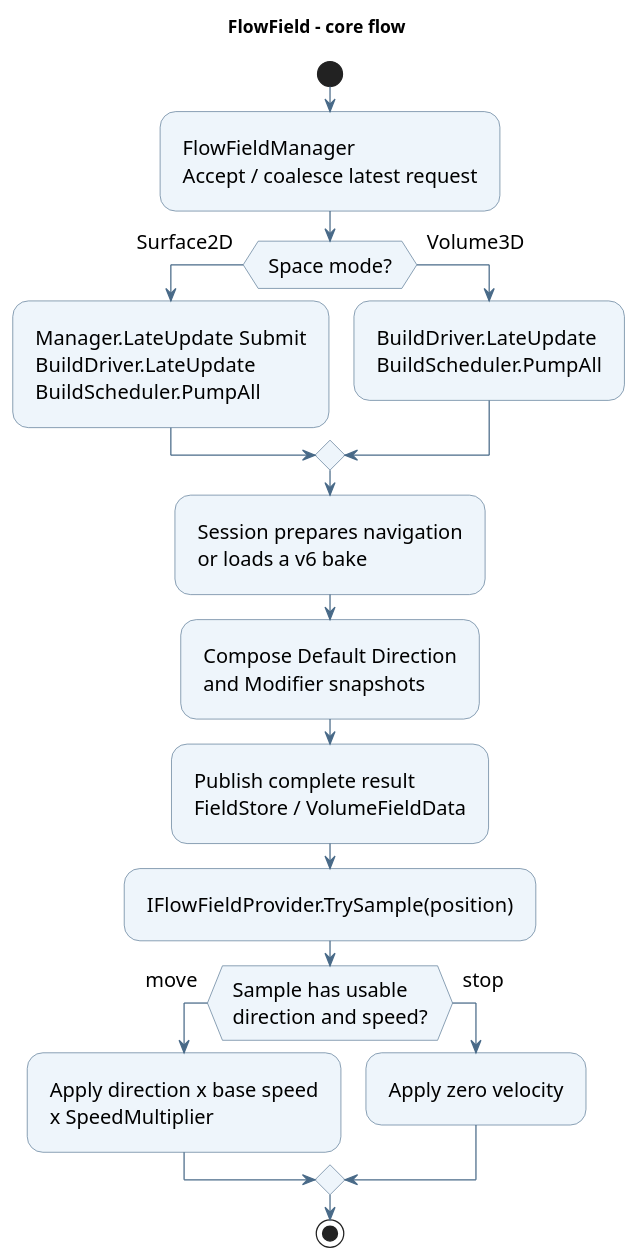
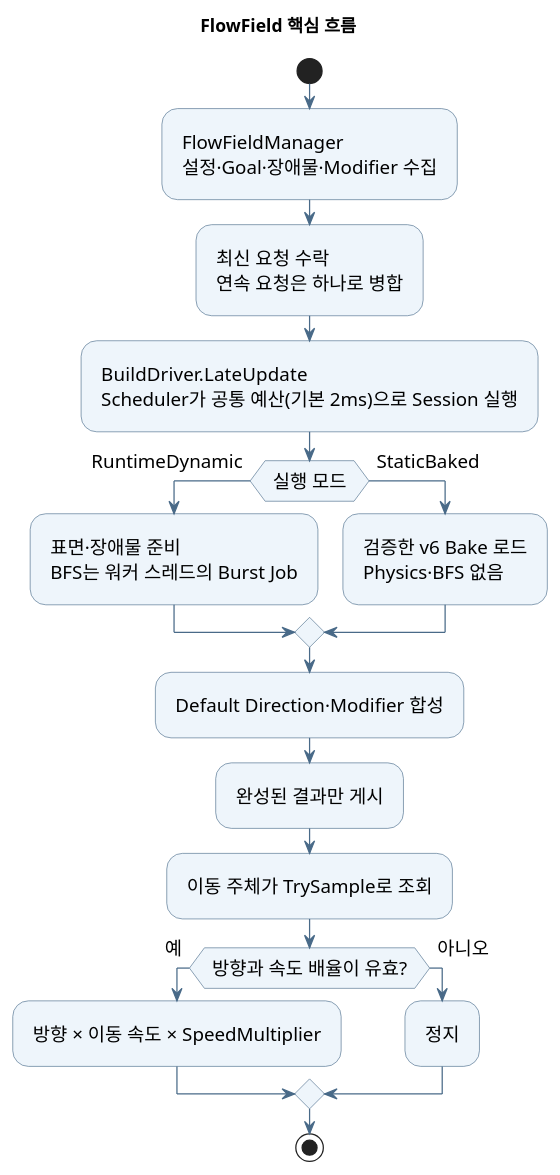
Before and after one commit to youwonsock/tool-unity-editor: the diagram in ToyProject/Assets/_FlowField/Docs/flowfield-uml.puml, drawn with PlantUML. The commit also changed 12 other files, not shown here.

First line of the commit message:
FlowField 문서: 핵심만 남기고 UML을 PlantUML 이미지로 정리

```diff
--- a/ToyProject/Assets/_FlowField/Docs/flowfield-uml.puml
+++ b/ToyProject/Assets/_FlowField/Docs/flowfield-uml.puml
@@ -1,28 +1,29 @@
 @startuml flowfield-uml
 skinparam shadowing false
-skinparam defaultFontName SansSerif
-skinparam defaultFontSize 16
+skinparam defaultFontName "Apple SD Gothic Neo"
+skinparam defaultFontSize 15
+skinparam ArrowColor #496A88
+skinparam Padding 6
 skinparam activityBackgroundColor #EEF5FB
 skinparam activityBorderColor #496A88
-skinparam ArrowColor #496A88
-skinparam Padding 8
-title FlowField - core flow
+title FlowField 핵심 흐름
 
 start
-:FlowFieldManager\nAccept / coalesce latest request;
-if (Space mode?) then (Surface2D)
-  :Manager.LateUpdate Submit\nBuildDriver.LateUpdate\nBuildScheduler.PumpAll;
-else (Volume3D)
-  :BuildDriver.LateUpdate\nBuildScheduler.PumpAll;
+:FlowFieldManager\n설정·Goal·장애물·Modifier 수집;
+:최신 요청 수락\n연속 요청은 하나로 병합;
+:BuildDriver.LateUpdate\nScheduler가 공통 예산(기본 2ms)으로 Session 실행;
+if (실행 모드) then (RuntimeDynamic)
+  :표면·장애물 준비\nBFS는 워커 스레드의 Burst Job;
+else (StaticBaked)
+  :검증한 v6 Bake 로드\nPhysics·BFS 없음;
 endif
-:Session prepares navigation\nor loads a v6 bake;
-:Compose Default Direction\nand Modifier snapshots;
-:Publish complete result\nFieldStore / VolumeFieldData;
-:IFlowFieldProvider.TrySample(position);
-if (Sample has usable\ndirection and speed?) then (move)
-  :Apply direction x base speed\nx SpeedMultiplier;
-else (stop)
-  :Apply zero velocity;
+:Default Direction·Modifier 합성;
+:완성된 결과만 게시;
+:이동 주체가 TrySample로 조회;
+if (방향과 속도 배율이 유효?) then (예)
+  :방향 × 이동 속도 × SpeedMultiplier;
+else (아니오)
+  :정지;
 endif
 stop
 @enduml
```
